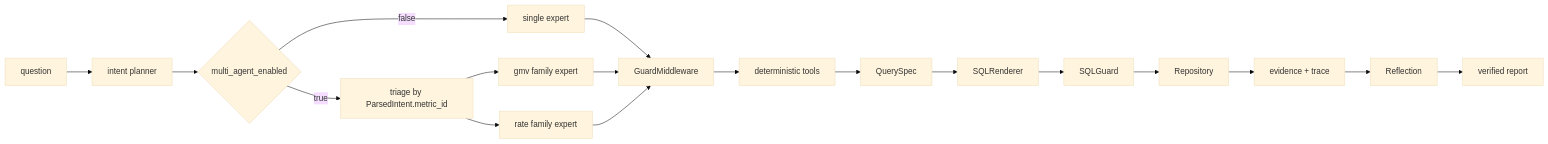
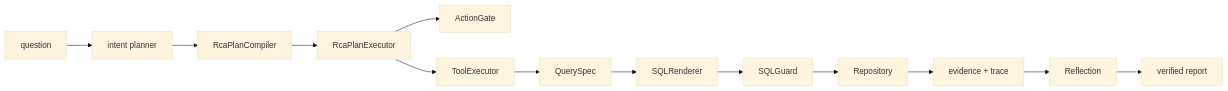
One commit to WOTMCCR/MetricRCA changed the diagram in README.md. Above: the diagram before and after it, drawn with Mermaid (base theme). The commit also changed other lines of this file and 62 other files, not shown here.

````diff
--- a/README.md
+++ b/README.md
@@ -28,20 +28,15 @@
 ```mermaid
 flowchart LR
   Q[question] --> IP[intent planner]
-  IP --> M{multi_agent_enabled}
-  M -->|false| SA[single expert]
-  M -->|true| T[triage by ParsedIntent.metric_id]
-  T --> GMV[gmv family expert]
-  T --> RATE[rate family expert]
-  SA --> G[GuardMiddleware]
-  GMV --> G
-  RATE --> G
-  G --> TOOLS[deterministic tools]
+  IP --> PC[RcaPlanCompiler]
+  PC --> PE[RcaPlanExecutor]
+  PE --> G[ActionGate]
+  PE --> TOOLS[ToolExecutor]
   TOOLS --> QS[QuerySpec]
   QS --> SR[SQLRenderer]
   SR --> SG[SQLGuard]
   SG --> REPO[Repository]
   REPO --> EV[evidence + trace]
   EV --> REF[Reflection]
   REF --> REP[verified report]
 ```
````
